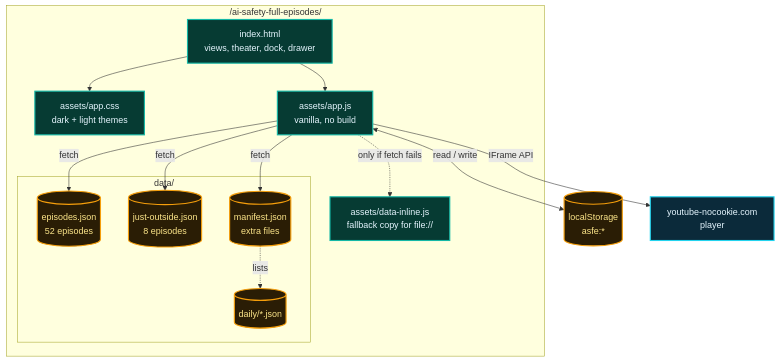
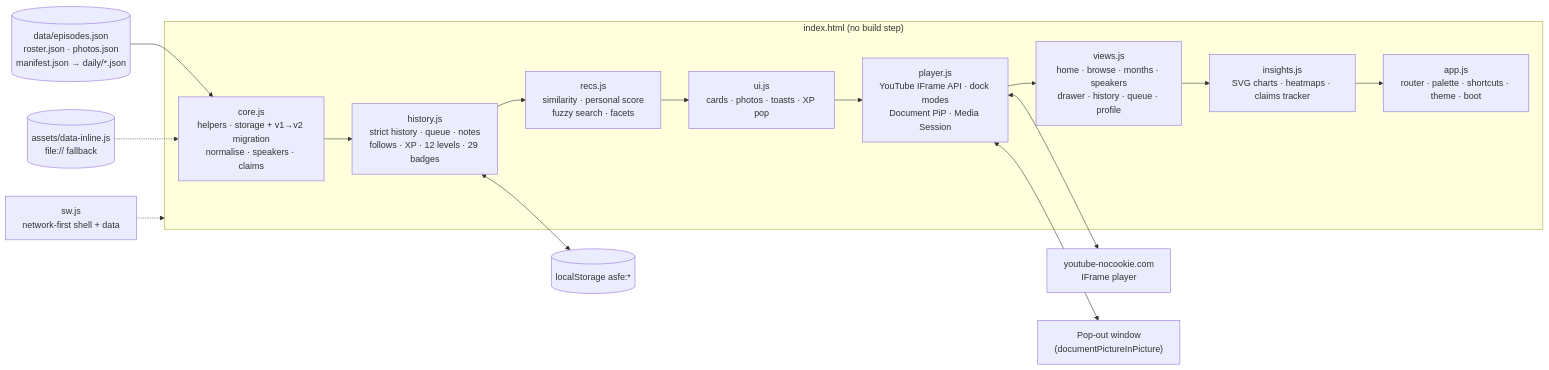
The first of 4 diagrams in ai-safety-full-episodes/README.md (lo3elyon/ASI), drawn with Mermaid before and after one commit. The commit also changed other lines of this file, not shown here.

Commit message:
ai-safety-full-episodes v2: README.md

````diff
--- a/ai-safety-full-episodes/README.md
+++ b/ai-safety-full-episodes/README.md
@@ -78,30 +186,20 @@
 ```mermaid
-flowchart TB
-    subgraph ROUTE["/ai-safety-full-episodes/"]
-        HTML["index.html<br/>views, theater, dock, drawer"]
-        CSS["assets/app.css<br/>dark + light themes"]
-        JS["assets/app.js<br/>vanilla, no build"]
-        INL["assets/data-inline.js<br/>fallback copy for file://"]
-        subgraph DATA["data/"]
-            EP[("episodes.json<br/>52 episodes")]
-            JO[("just-outside.json<br/>8 episodes")]
-            MAN[("manifest.json<br/>extra files")]
-            DAY[("daily/*.json")]
-        end
-    end
-    JS -->|"fetch"| EP
-    JS -->|"fetch"| JO
-    JS -->|"fetch"| MAN
-    MAN -.->|"lists"| DAY
-    JS -.->|"only if fetch fails"| INL
-    JS <-->|"read / write"| LS[("localStorage<br/>asfe:*")]
-    JS -->|"IFrame API"| YT["youtube-nocookie.com<br/>player"]
-    HTML --> CSS
-    HTML --> JS
-    classDef d fill:#2a1d05,stroke:#f59e0b,stroke-width:2px,color:#fde68a
-    classDef c fill:#063b33,stroke:#14b8a6,stroke-width:2px,color:#e6f6ff
-    classDef x fill:#0b2a3a,stroke:#22d3ee,stroke-width:2px,color:#e6f6ff
-    class EP,JO,MAN,DAY,LS d
-    class HTML,CSS,JS,INL c
-    class YT x
+flowchart LR
+  subgraph Page["index.html (no build step)"]
+    CORE["core.js<br/>helpers · storage + v1→v2 migration<br/>normalise · speakers · claims"]
+    HIST["history.js<br/>strict history · queue · notes<br/>follows · XP · 12 levels · 29 badges"]
+    RECS["recs.js<br/>similarity · personal score<br/>fuzzy search · facets"]
+    UI["ui.js<br/>cards · photos · toasts · XP pop"]
+    PLAYER["player.js<br/>YouTube IFrame API · dock modes<br/>Document PiP · Media Session"]
+    VIEWS["views.js<br/>home · browse · months · speakers<br/>drawer · history · queue · profile"]
+    INS["insights.js<br/>SVG charts · heatmaps · claims tracker"]
+    APP["app.js<br/>router · palette · shortcuts · theme · boot"]
+  end
+  DATA[("data/episodes.json<br/>roster.json · photos.json<br/>manifest.json → daily/*.json")] --> CORE
+  INLINE[("assets/data-inline.js<br/>file:// fallback")] -.-> CORE
+  CORE --> HIST --> RECS --> UI --> PLAYER --> VIEWS --> INS --> APP
+  PLAYER <--> YT["youtube-nocookie.com<br/>IFrame player"]
+  PLAYER <--> PIP["Pop-out window<br/>(documentPictureInPicture)"]
+  HIST <--> LS[("localStorage asfe:*")]
+  SW["sw.js<br/>network-first shell + data"] -.-> Page
 ```
````
